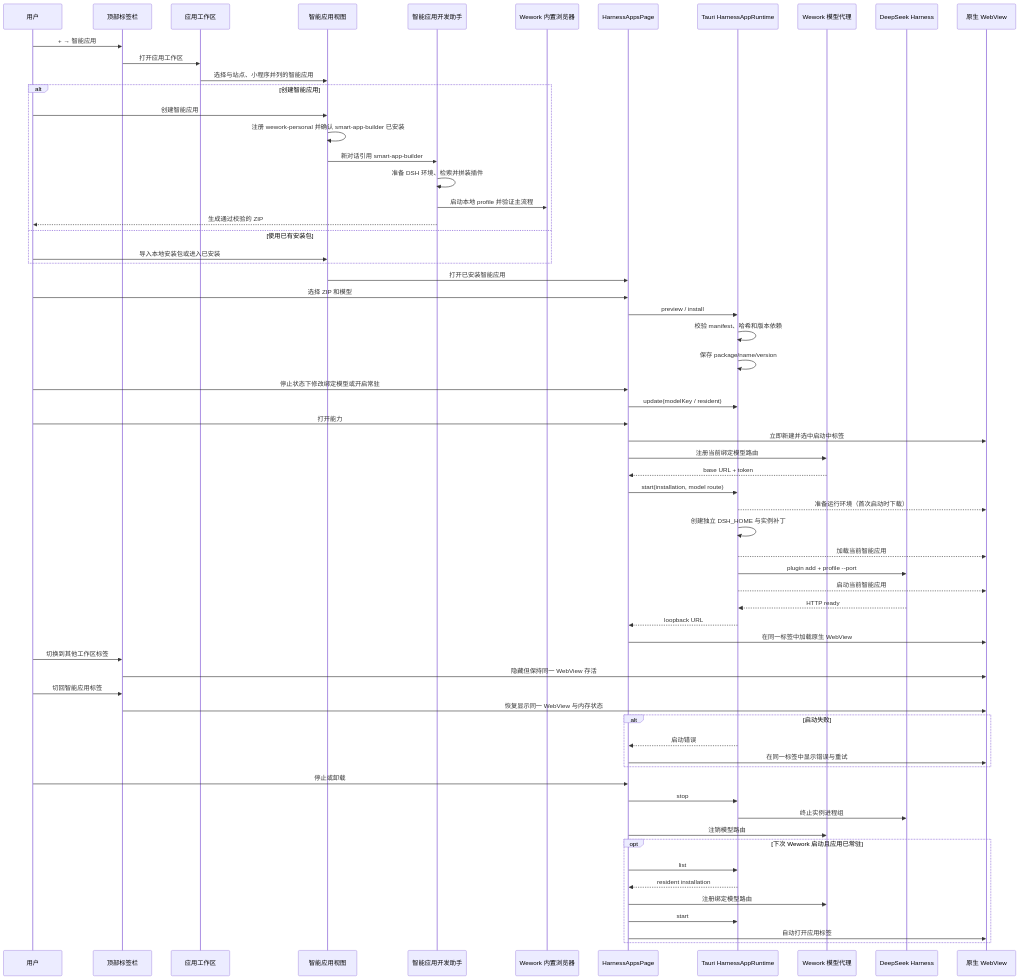
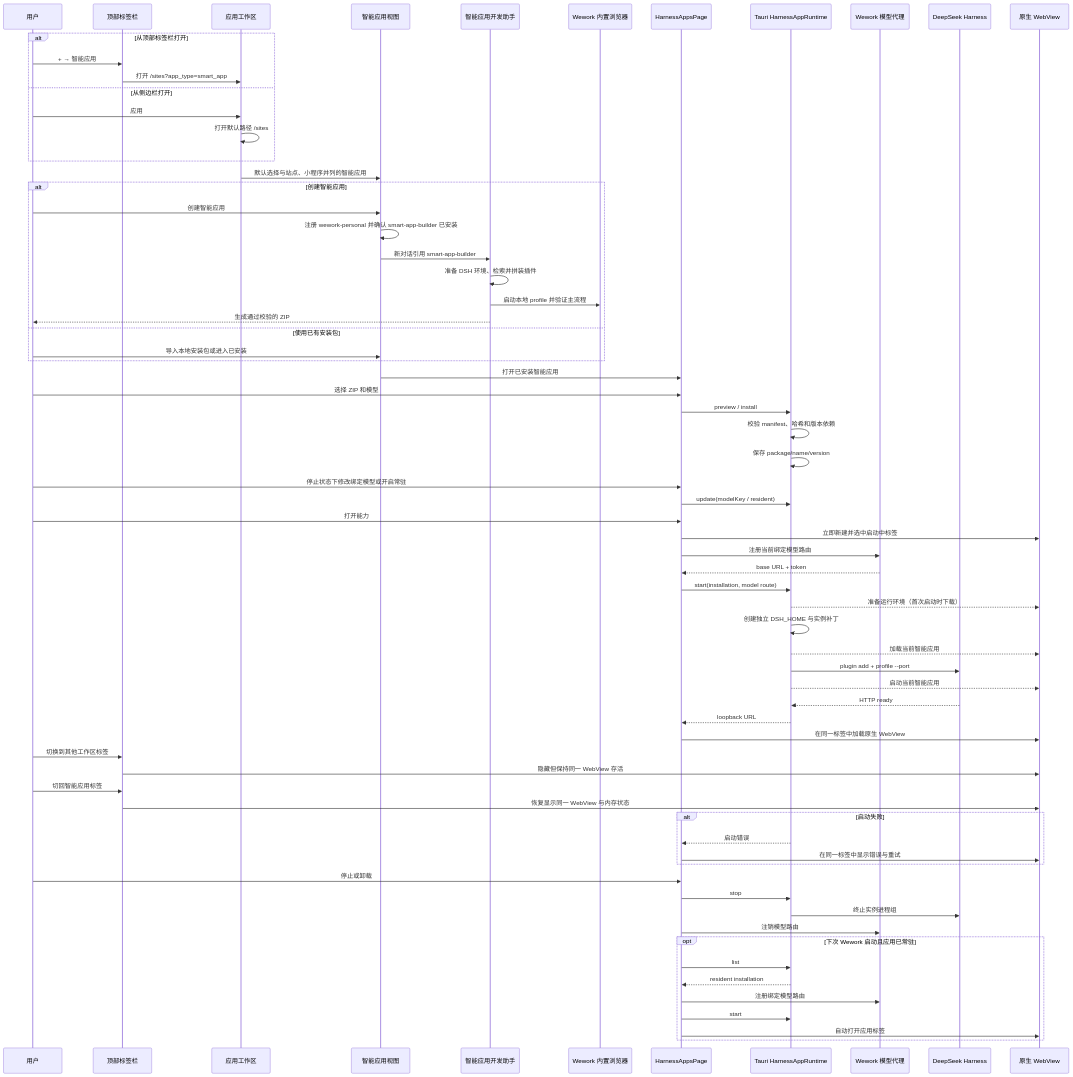
One commit to wecode-ai/wegent-docs changed the second of 2 diagrams in i18n/zh/docusaurus-plugin-content-docs/current/architecture/deepseek-harness-apps.md. Above: the diagram before and after it, drawn with Mermaid. The commit also changed other lines of this file and 1 other file, not shown here.

Commit message:
Sync documentation from main Wegent repository

````diff
--- a/i18n/zh/docusaurus-plugin-content-docs/current/architecture/deepseek-harness-apps.md
+++ b/i18n/zh/docusaurus-plugin-content-docs/current/architecture/deepseek-harness-apps.md
@@ -57,68 +59,73 @@
 ```mermaid
 sequenceDiagram
     participant U as 用户
     participant C as 顶部标签栏
     participant A as 应用工作区
     participant M as 智能应用视图
     participant B as 智能应用开发助手
     participant WB as Wework 内置浏览器
     participant UI as HarnessAppsPage
     participant T as Tauri HarnessAppRuntime
     participant P as Wework 模型代理
     participant D as DeepSeek Harness
     participant W as 原生 WebView
 
-    U->>C: + → 智能应用
-    C->>A: 打开应用工作区
-    A->>M: 选择与站点、小程序并列的智能应用
+    alt 从顶部标签栏打开
+        U->>C: + → 智能应用
+        C->>A: 打开 /sites?app_type=smart_app
+    else 从侧边栏打开
+        U->>A: 应用
+        A->>A: 打开默认路径 /sites
+    end
+    A->>M: 默认选择与站点、小程序并列的智能应用
     alt 创建智能应用
         U->>M: 创建智能应用
         M->>M: 注册 wework-personal 并确认 smart-app-builder 已安装
         M->>B: 新对话引用 smart-app-builder
         B->>B: 准备 DSH 环境、检索并拼装插件
         B->>WB: 启动本地 profile 并验证主流程
         B-->>U: 生成通过校验的 ZIP
     else 使用已有安装包
         U->>M: 导入本地安装包或进入已安装
     end
     M->>UI: 打开已安装智能应用
     U->>UI: 选择 ZIP 和模型
     UI->>T: preview / install
     T->>T: 校验 manifest、哈希和版本依赖
     T->>T: 保存 package/name/version
     U->>UI: 停止状态下修改绑定模型或开启常驻
     UI->>T: update(modelKey / resident)
     U->>UI: 打开能力
     UI->>W: 立即新建并选中启动中标签
     UI->>P: 注册当前绑定模型路由
     P-->>UI: base URL + token
     UI->>T: start(installation, model route)
     T-->>W: 准备运行环境（首次启动时下载）
     T->>T: 创建独立 DSH_HOME 与实例补丁
     T-->>W: 加载当前智能应用
     T->>D: plugin add + profile --port
     T-->>W: 启动当前智能应用
     D-->>T: HTTP ready
     T-->>UI: loopback URL
     UI->>W: 在同一标签中加载原生 WebView
     U->>C: 切换到其他工作区标签
     C->>W: 隐藏但保持同一 WebView 存活
     U->>C: 切回智能应用标签
     C->>W: 恢复显示同一 WebView 与内存状态
     alt 启动失败
         T-->>UI: 启动错误
         UI->>W: 在同一标签中显示错误与重试
     end
     U->>UI: 停止或卸载
     UI->>T: stop
     T->>D: 终止实例进程组
     UI->>P: 注销模型路由
 
     opt 下次 Wework 启动且应用已常驻
         UI->>T: list
         T-->>UI: resident installation
         UI->>P: 注册绑定模型路由
         UI->>T: start
         UI->>W: 自动打开应用标签
     end
 ```
````
